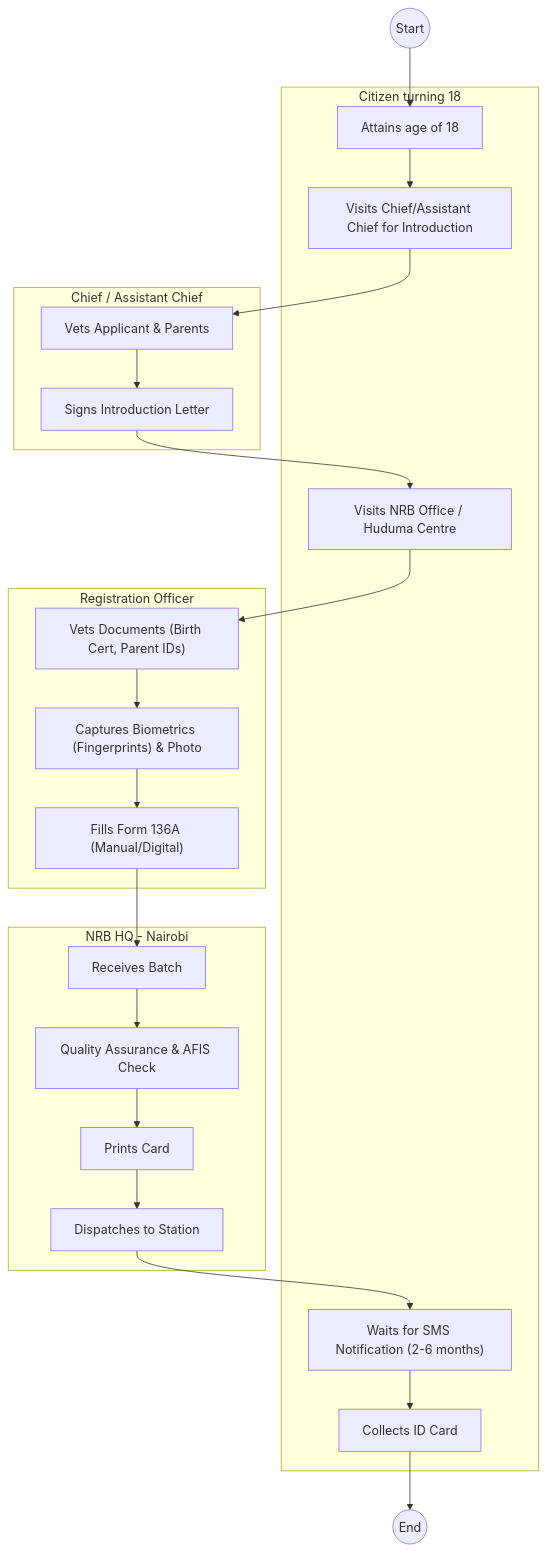
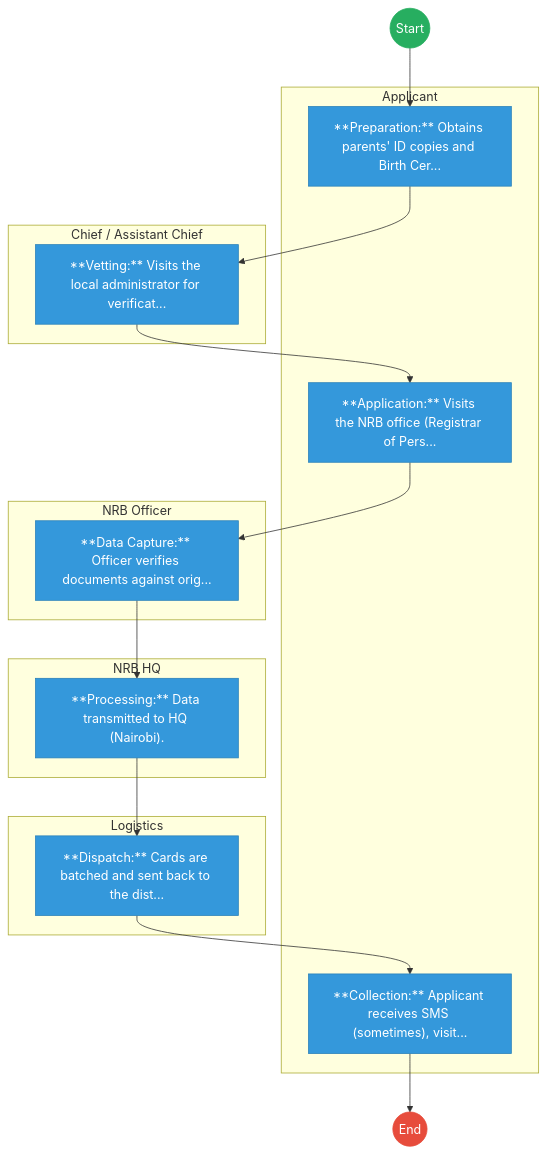
One commit to BITZ-IT-Consulting-LTD/ictapoc changed the first of 2 diagrams in mdas/docs_final/_NATIONAL_REGISTRATION_BUREAU_NRB____Service_Delivery.md. Above: the diagram before and after it, drawn with Mermaid. The commit also changed other lines of this file and 461 other files, not shown here.

````diff
--- a/mdas/docs_final/_NATIONAL_REGISTRATION_BUREAU_NRB____Service_Delivery.md
+++ b/mdas/docs_final/_NATIONAL_REGISTRATION_BUREAU_NRB____Service_Delivery.md
@@ -20,41 +20,42 @@
 ```mermaid
 graph TD
     Start((Start)) --> S1
-    subgraph Applicant [Citizen turning 18]
-        S1["Attains age of 18"]
-        S2["Visits Chief/Assistant Chief for Introduction"]
-        S3["Visits NRB Office / Huduma Centre"]
-        S6["Waits for SMS Notification (2-6 months)"]
-        S7["Collects ID Card"]
+
+    subgraph Applicant [Applicant]
+        S1["**Preparation:** Obtains parents' ID copies and Birth Cer..."]
+        S3["**Application:** Visits the NRB office (Registrar of Pers..."]
+        S7["**Collection:** Applicant receives SMS (sometimes), visit..."]
     end
-    subgraph Chief [Chief / Assistant Chief]
-        S2a["Vets Applicant & Parents"]
-        S2b["Signs Introduction Letter"]
+
+    subgraph Chief___Assistant_Chief [Chief / Assistant Chief]
+        S2["**Vetting:** Visits the local administrator for verificat..."]
     end
-    subgraph NRBOfficer [Registration Officer]
-        S4["Vets Documents (Birth Cert, Parent IDs)"]
-        S5["Captures Biometrics (Fingerprints) & Photo"]
-        S5a["Fills Form 136A (Manual/Digital)"]
+
+    subgraph NRB_Officer [NRB Officer]
+        S4["**Data Capture:** Officer verifies documents against orig..."]
     end
-    subgraph ProductionCentre [NRB HQ - Nairobi]
-        S5b["Receives Batch"]
-        S5c["Quality Assurance & AFIS Check"]
-        S5d["Prints Card"]
-        S5e["Dispatches to Station"]
+
+    subgraph NRB_HQ [NRB HQ]
+        S5["**Processing:** Data transmitted to HQ (Nairobi)."]
     end
-    
+
+    subgraph Logistics [Logistics]
+        S6["**Dispatch:** Cards are batched and sent back to the dist..."]
+    end
     S1 --> S2
-    S2 --> S2a
-    S2a --> S2b
-    S2b --> S3
+    S2 --> S3
     S3 --> S4
     S4 --> S5
-    S5 --> S5a
-    S5a --> S5b
-    S5b --> S5c
-    S5c --> S5d
-    S5d --> S5e
-    S5e --> S6
+    S5 --> S6
     S6 --> S7
     S7 --> End((End))
+
+    classDef start fill:#27ae60,stroke:#27ae60,color:#fff;
+    classDef endNode fill:#e74c3c,stroke:#e74c3c,color:#fff;
+    classDef userTask fill:#3498db,stroke:#2980b9,color:#fff;
+    classDef serviceTask fill:#9b59b6,stroke:#8e44ad,color:#fff;
+
+    class Start start;
+    class End endNode;
+    class S1,S2,S3,S4,S5,S6,S7 userTask;
 ```
````
